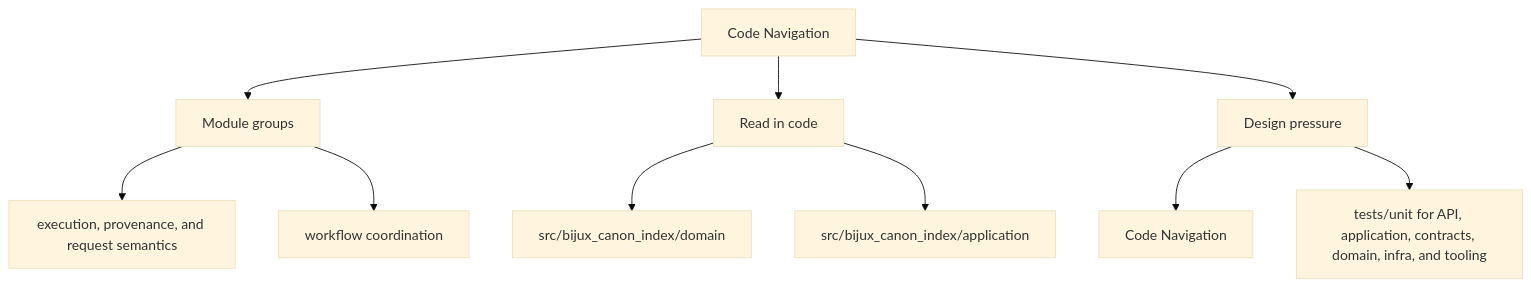
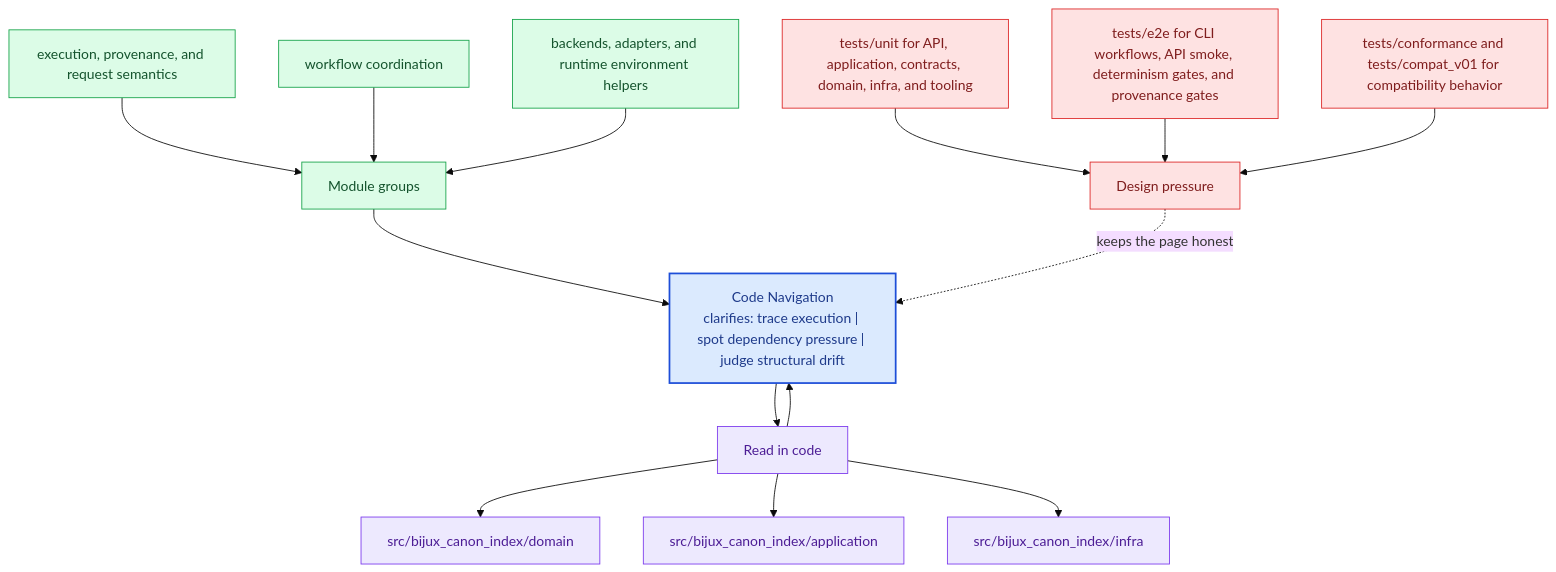
One commit to bijux/bijux-canon changed the second of 2 diagrams in docs/bijux-canon-index/architecture/code-navigation.md. Above: the diagram before and after it, drawn with Mermaid (base theme). The commit also changed other lines of this file and 281 other files, not shown here.

Commit message:
docs(diagrams): deepen handbook mermaid maps across the catalog

````diff
--- a/docs/bijux-canon-index/architecture/code-navigation.md
+++ b/docs/bijux-canon-index/architecture/code-navigation.md
@@ -33,22 +66,40 @@
 ```mermaid
-flowchart TD
-    page["Code Navigation"]
+flowchart TB
+    promise["Code Navigation<br/>clarifies: trace execution | spot dependency pressure | judge structural drift"]
+    classDef promise fill:#dbeafe,stroke:#1d4ed8,color:#1e3a8a,stroke-width:2px;
+    classDef driver fill:#dcfce7,stroke:#16a34a,color:#14532d;
+    classDef constraint fill:#fee2e2,stroke:#dc2626,color:#7f1d1d;
+    classDef ground fill:#ede9fe,stroke:#7c3aed,color:#4c1d95;
     focus1["Module groups"]
-    page --> focus1
+    focus1 --> promise
     focus1_1["execution, provenance, and request semantics"]
-    focus1 --> focus1_1
+    focus1_1 --> focus1
     focus1_2["workflow coordination"]
-    focus1 --> focus1_2
+    focus1_2 --> focus1
+    focus1_3["backends, adapters, and runtime environment helpers"]
+    focus1_3 --> focus1
+    class focus1 driver;
+    class focus1_1,focus1_2,focus1_3 driver;
     focus2["Read in code"]
-    page --> focus2
+    focus2 --> promise
+    promise --> focus2
     focus2_1["src/bijux_canon_index/domain"]
     focus2 --> focus2_1
     focus2_2["src/bijux_canon_index/application"]
     focus2 --> focus2_2
+    focus2_3["src/bijux_canon_index/infra"]
+    focus2 --> focus2_3
+    class focus2 ground;
+    class focus2_1,focus2_2,focus2_3 ground;
     focus3["Design pressure"]
-    page --> focus3
-    focus3_1["Code Navigation"]
-    focus3 --> focus3_1
-    focus3_2["tests/unit for API, application, contracts, domain, infra, and tooling"]
-    focus3 --> focus3_2
+    focus3 -.keeps the page honest.-> promise
+    focus3_1["tests/unit for API, application, contracts, domain, infra, and tooling"]
+    focus3_1 --> focus3
+    focus3_2["tests/e2e for CLI workflows, API smoke, determinism gates, and provenance gates"]
+    focus3_2 --> focus3
+    focus3_3["tests/conformance and tests/compat_v01 for compatibility behavior"]
+    focus3_3 --> focus3
+    class focus3 constraint;
+    class focus3_1,focus3_2,focus3_3 constraint;
+    class promise promise;
 ```
````
